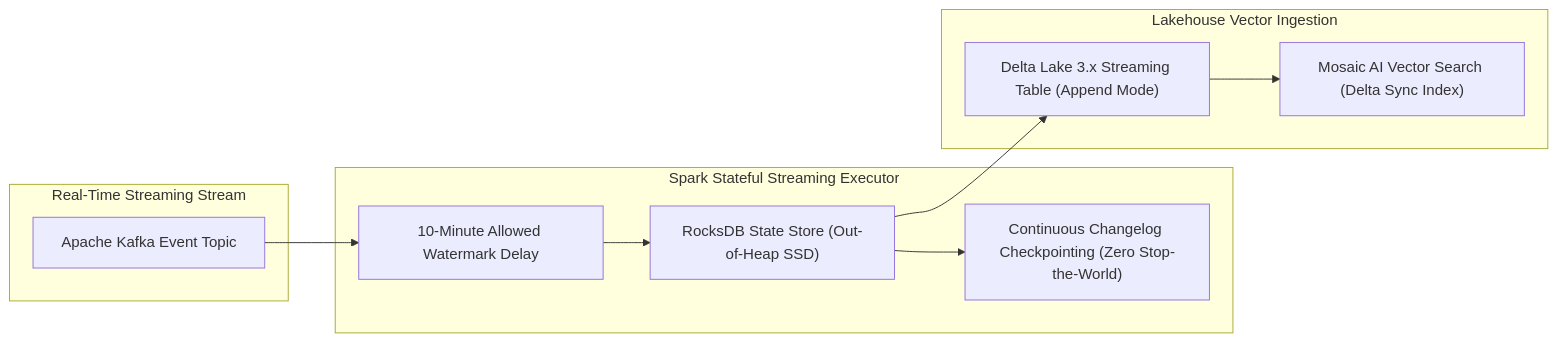
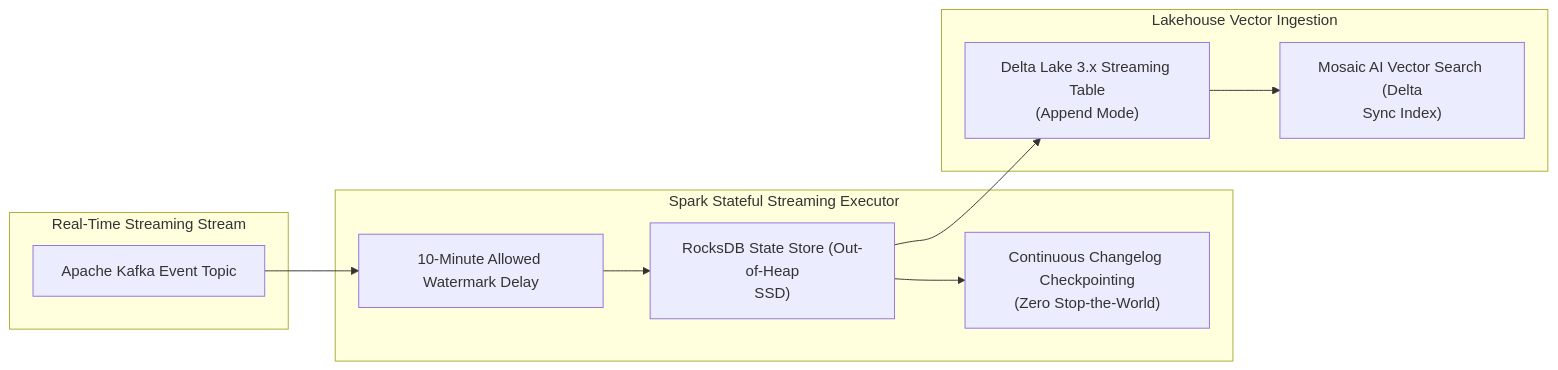
The fourth of 4 diagrams in architectures/04_structured_streaming_and_stateful_stream_processing.md (santoshjammi29/pyspark-handbook), drawn with Mermaid before and after one commit. The commit also changed other lines of this file and 14 other files, not shown here.

Commit message:
fix(diagrams): word-wrap labels and escape comparison operators across all diagrams

````diff
--- a/architectures/04_structured_streaming_and_stateful_stream_processing.md
+++ b/architectures/04_structured_streaming_and_stateful_stream_processing.md
@@ -181,20 +181,20 @@
 ```mermaid
 flowchart LR
     subgraph StreamIn["Real-Time Streaming Stream"]
         Kafka["Apache Kafka Event Topic"]
     end
 
     subgraph StatefulWorker["Spark Stateful Streaming Executor"]
         Watermark["10-Minute Allowed Watermark Delay"]
-        StateStore["RocksDB State Store (Out-of-Heap SSD)"]
-        Changelog["Continuous Changelog Checkpointing (Zero Stop-the-World)"]
+        StateStore["RocksDB State Store (Out-of-Heap<br/>SSD)"]
+        Changelog["Continuous Changelog Checkpointing<br/>(Zero Stop-the-World)"]
     end
 
     subgraph LakehouseSync["Lakehouse Vector Ingestion"]
-        DeltaSink["Delta Lake 3.x Streaming Table (Append Mode)"]
-        VectorIdx["Mosaic AI Vector Search (Delta Sync Index)"]
+        DeltaSink["Delta Lake 3.x Streaming Table<br/>(Append Mode)"]
+        VectorIdx["Mosaic AI Vector Search (Delta<br/>Sync Index)"]
     end
 
     Kafka --> Watermark --> StateStore --> Changelog
     StateStore --> DeltaSink --> VectorIdx
 ```
````
